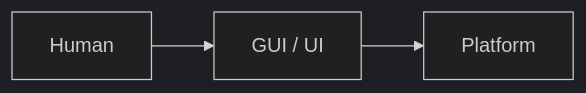
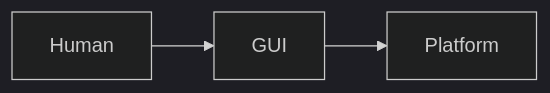
Before and after one commit to xixiaofinland/blog: the first of 3 diagrams in src/headless-360.md, drawn with Mermaid (dark theme). The commit also changed other lines of this file, not shown here.

````diff
--- a/src/headless-360.md
+++ b/src/headless-360.md
@@ -23,5 +23,5 @@
 ```mermaid
 graph LR
-    Human[Human] --> GUI[GUI / UI]
+    Human[Human] --> GUI[GUI]
     GUI --> Platform[Platform]
 ```
````
